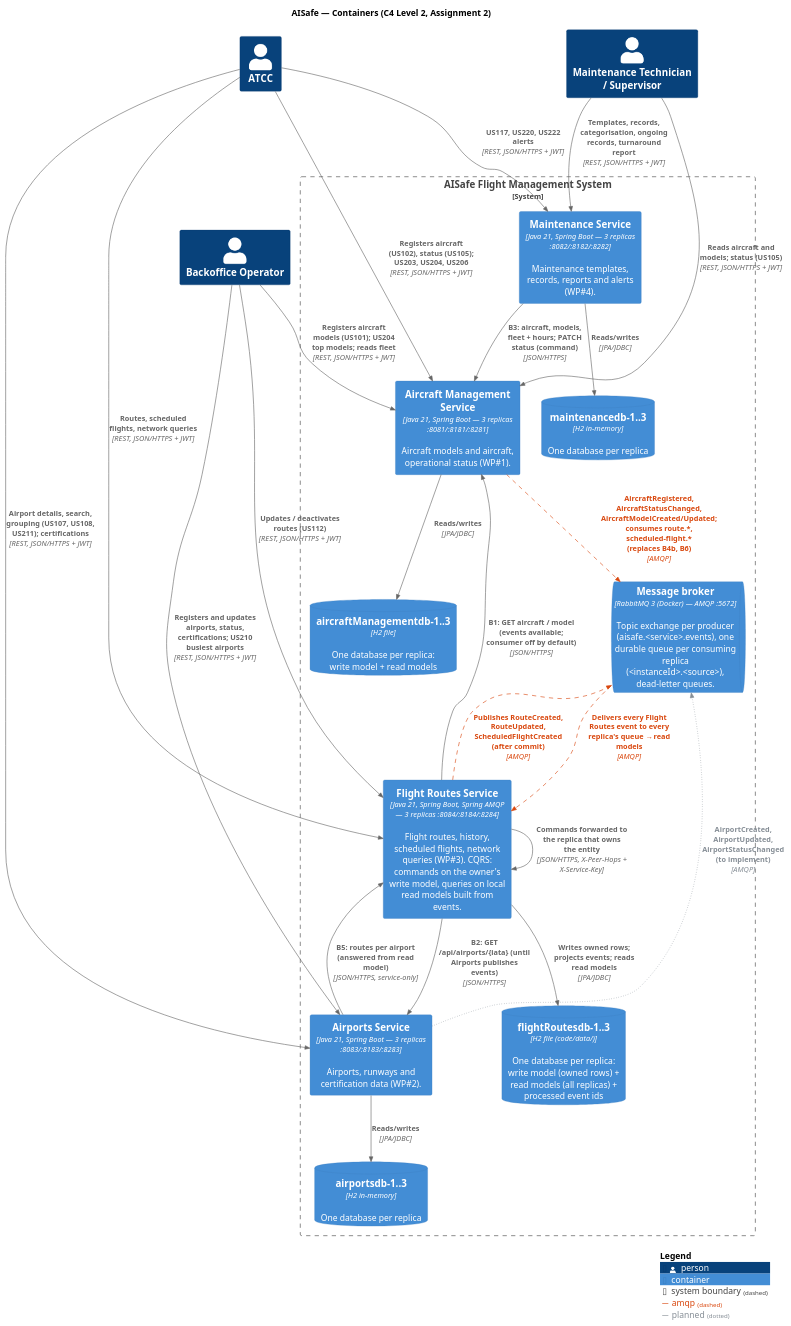
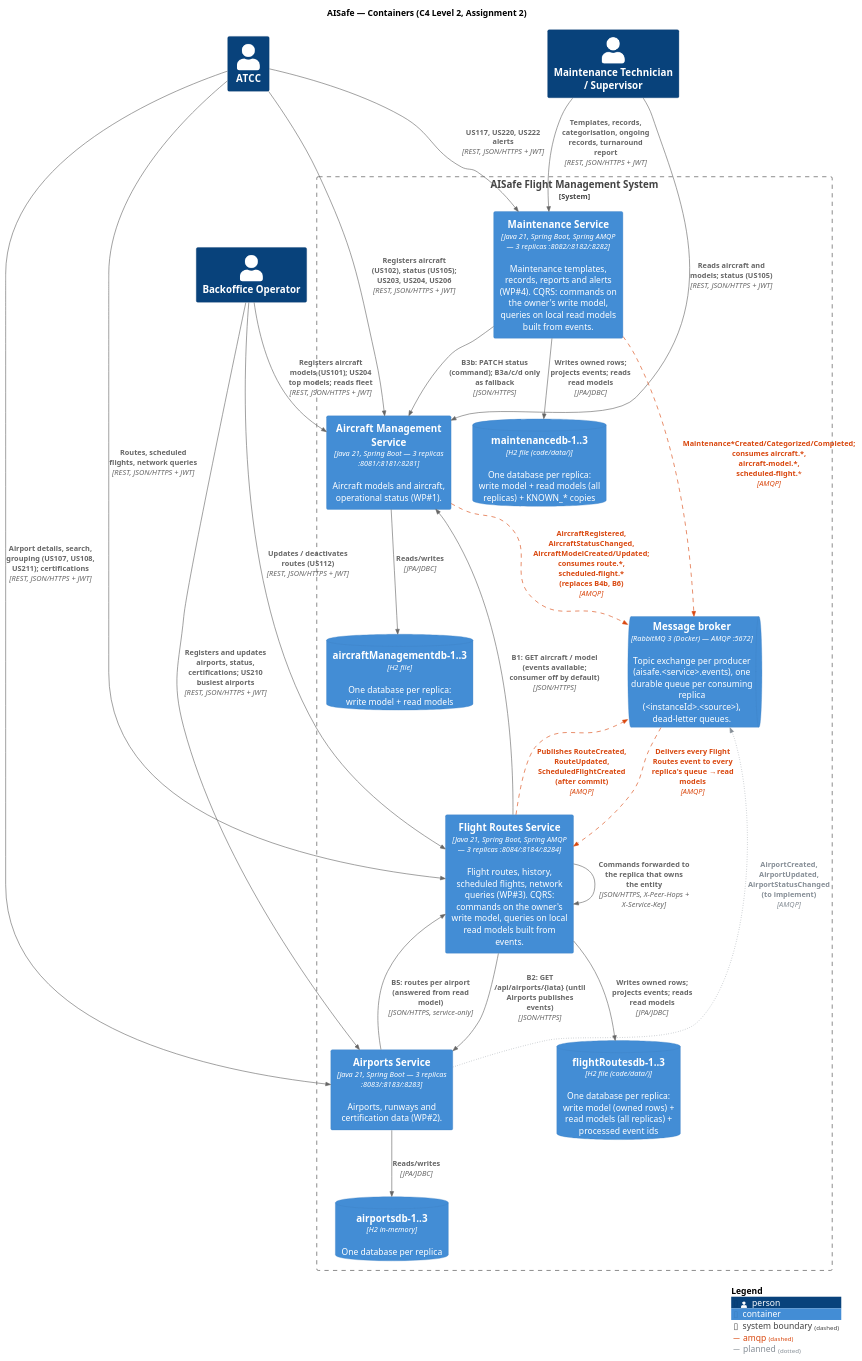
One commit to caetanotiago/Project_SIDIS changed the diagram in docs/2-containers/puml/C4-L2-Containers.puml. Above: the diagram before and after it, drawn with PlantUML. The commit also changed 43 other files, not shown here.

```diff
--- a/docs/2-containers/puml/C4-L2-Containers.puml
+++ b/docs/2-containers/puml/C4-L2-Containers.puml
@@ -1,57 +1,58 @@
 @startuml C4-L2-Containers
 !include <C4/C4_Container>
 LAYOUT_TOP_DOWN()
 title AISafe — Containers (C4 Level 2, Assignment 2)
 
 AddRelTag("amqp", $lineColor="#d9480f", $textColor="#d9480f", $lineStyle=DashedLine())
 AddRelTag("planned", $lineColor="#868e96", $textColor="#868e96", $lineStyle=DottedLine())
 
 Person(backoffice, "Backoffice Operator")
 Person(atcc, "ATCC")
 Person(maint, "Maintenance Technician / Supervisor")
 
 System_Boundary(aisafe, "AISafe Flight Management System") {
     Container(am, "Aircraft Management Service", "Java 21, Spring Boot — 3 replicas :8081/:8181/:8281", "Aircraft models and aircraft, operational status (WP#1).")
-    Container(mt, "Maintenance Service", "Java 21, Spring Boot — 3 replicas :8082/:8182/:8282", "Maintenance templates, records, reports and alerts (WP#4).")
+    Container(mt, "Maintenance Service", "Java 21, Spring Boot, Spring AMQP — 3 replicas :8082/:8182/:8282", "Maintenance templates, records, reports and alerts (WP#4). CQRS: commands on the owner's write model, queries on local read models built from events.")
     Container(ap, "Airports Service", "Java 21, Spring Boot — 3 replicas :8083/:8183/:8283", "Airports, runways and certification data (WP#2).")
     Container(fr, "Flight Routes Service", "Java 21, Spring Boot, Spring AMQP — 3 replicas :8084/:8184/:8284", "Flight routes, history, scheduled flights, network queries (WP#3). CQRS: commands on the owner's write model, queries on local read models built from events.")
 
     ContainerQueue(mq, "Message broker", "RabbitMQ 3 (Docker) — AMQP :5672", "Topic exchange per producer (aisafe.<service>.events), one durable queue per consuming replica (<instanceId>.<source>), dead-letter queues.")
 
     ContainerDb(amdb, "aircraftManagementdb-1..3", "H2 file", "One database per replica: write model + read models")
-    ContainerDb(mtdb, "maintenancedb-1..3", "H2 in-memory", "One database per replica")
+    ContainerDb(mtdb, "maintenancedb-1..3", "H2 file (code/data/)", "One database per replica: write model + read models (all replicas) + KNOWN_* copies")
     ContainerDb(apdb, "airportsdb-1..3", "H2 in-memory", "One database per replica")
     ContainerDb(frdb, "flightRoutesdb-1..3", "H2 file (code/data/)", "One database per replica: write model (owned rows) + read models (all replicas) + processed event ids")
 }
 
 ' Users: REST is kept for every external client (roles as in each service's AuthorizationRules)
 Rel(backoffice, am, "Registers aircraft models (US101); US204 top models; reads fleet", "REST, JSON/HTTPS + JWT")
 Rel(backoffice, ap, "Registers and updates airports, status, certifications; US210 busiest airports", "REST, JSON/HTTPS + JWT")
 Rel(backoffice, fr, "Updates / deactivates routes (US112)", "REST, JSON/HTTPS + JWT")
 Rel(atcc, am, "Registers aircraft (US102), status (US105); US203, US204, US206", "REST, JSON/HTTPS + JWT")
 Rel(atcc, ap, "Airport details, search, grouping (US107, US108, US211); certifications", "REST, JSON/HTTPS + JWT")
 Rel(atcc, fr, "Routes, scheduled flights, network queries", "REST, JSON/HTTPS + JWT")
 Rel(atcc, mt, "US117, US220, US222 alerts", "REST, JSON/HTTPS + JWT")
 Rel(maint, mt, "Templates, records, categorisation, ongoing records, turnaround report", "REST, JSON/HTTPS + JWT")
 Rel(maint, am, "Reads aircraft and models; status (US105)", "REST, JSON/HTTPS + JWT")
 
 ' Remaining synchronous bridges (user's JWT + X-Service-Key; round-robin + failover)
 Rel(fr, ap, "B2: GET /api/airports/{iata} (until Airports publishes events)", "JSON/HTTPS")
 Rel(fr, am, "B1: GET aircraft / model (events available; consumer off by default)", "JSON/HTTPS")
 Rel(ap, fr, "B5: routes per airport (answered from read model)", "JSON/HTTPS, service-only")
-Rel(mt, am, "B3: aircraft, models, fleet + hours; PATCH status (command)", "JSON/HTTPS")
+Rel(mt, am, "B3b: PATCH status (command); B3a/c/d only as fallback", "JSON/HTTPS")
 Rel(fr, fr, "Commands forwarded to the replica that owns the entity", "JSON/HTTPS, X-Peer-Hops + X-Service-Key")
 
 ' Events (Assignment 2)
 Rel(fr, mq, "Publishes RouteCreated, RouteUpdated, ScheduledFlightCreated (after commit)", "AMQP", $tags="amqp")
 Rel(mq, fr, "Delivers every Flight Routes event to every replica's queue → read models", "AMQP", $tags="amqp")
 Rel(am, mq, "AircraftRegistered, AircraftStatusChanged, AircraftModelCreated/Updated; consumes route.*, scheduled-flight.* (replaces B4b, B6)", "AMQP", $tags="amqp")
+Rel(mt, mq, "Maintenance*Created/Categorized/Completed; consumes aircraft.*, aircraft-model.*, scheduled-flight.*", "AMQP", $tags="amqp")
 Rel(ap, mq, "AirportCreated, AirportUpdated, AirportStatusChanged (to implement)", "AMQP", $tags="planned")
 
 Rel(am, amdb, "Reads/writes", "JPA/JDBC")
-Rel(mt, mtdb, "Reads/writes", "JPA/JDBC")
+Rel(mt, mtdb, "Writes owned rows; projects events; reads read models", "JPA/JDBC")
 Rel(ap, apdb, "Reads/writes", "JPA/JDBC")
 Rel(fr, frdb, "Writes owned rows; projects events; reads read models", "JPA/JDBC")
 
 SHOW_LEGEND()
 @enduml
```
